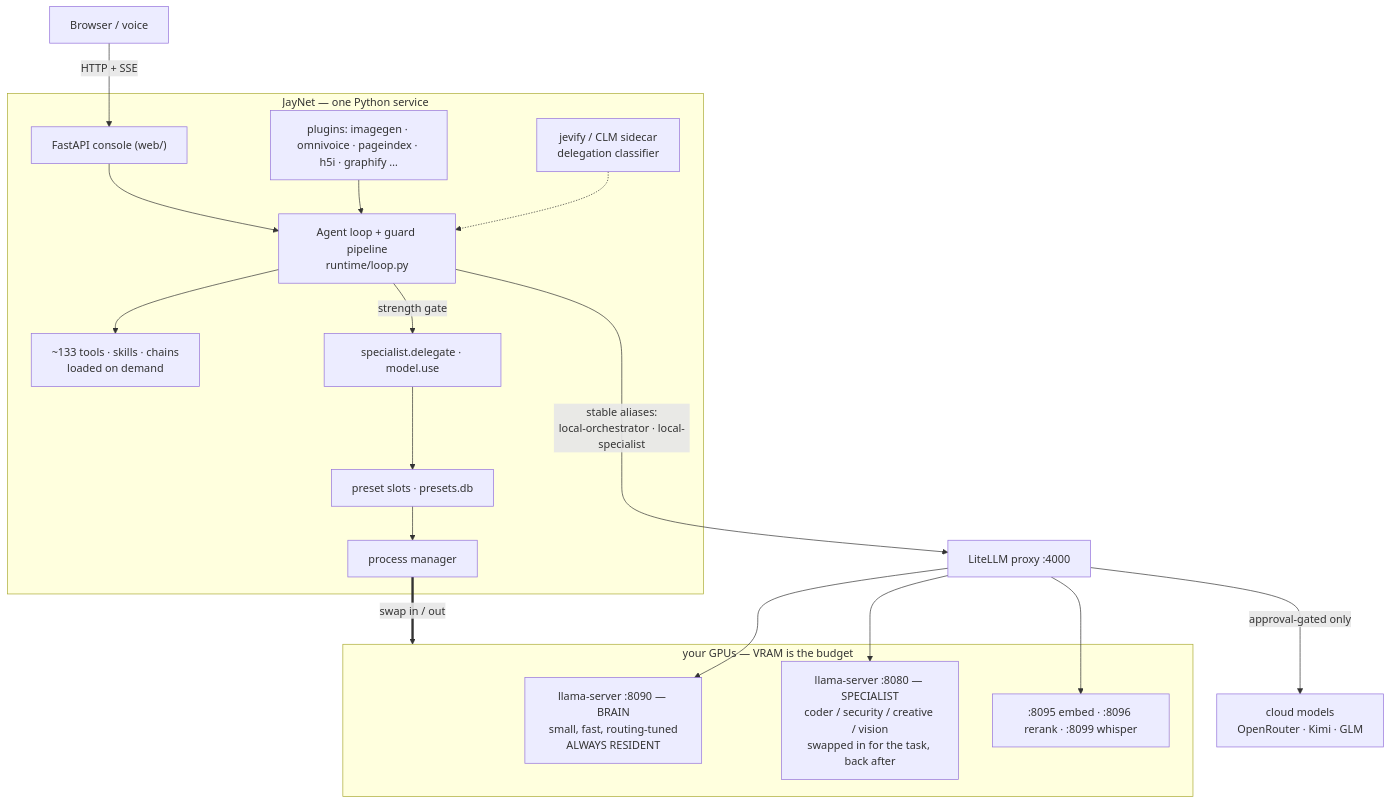
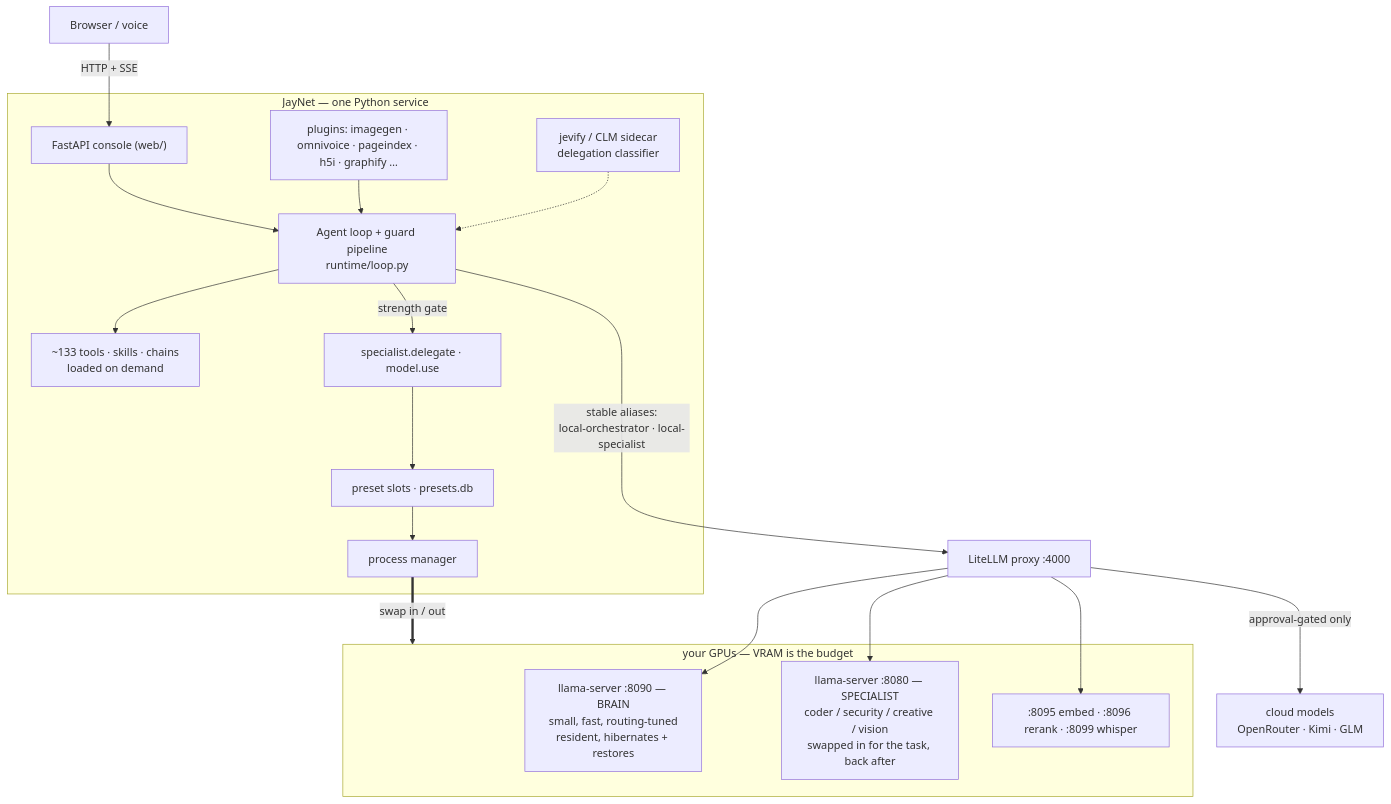
Before and after one commit to jspawn/jaynet_orchestrator: the diagram in README.md, drawn with Mermaid. The commit also changed other lines of this file, not shown here.

Commit message:
readme: measured-fit scheduling, co-tenancy, brain hibernation in the model-swapping narrative

````diff
--- a/README.md
+++ b/README.md
@@ -47,24 +47,24 @@
 ```mermaid
 flowchart TB
     U["Browser / voice"] -->|"HTTP + SSE"| WEB["FastAPI console (web/)"]
     subgraph JN["JayNet — one Python service"]
         WEB --> LOOP["Agent loop + guard pipeline<br/>runtime/loop.py"]
         LOOP --> TOOLS["~133 tools · skills · chains<br/>loaded on demand"]
         PLUG["plugins: imagegen · omnivoice · pageindex · h5i · graphify …"] --> LOOP
         JEV["jevify / CLM sidecar<br/>delegation classifier"] -.-> LOOP
         LOOP -->|"strength gate"| DEL["specialist.delegate · model.use"]
         DEL --> SLOTS["preset slots · presets.db"]
         SLOTS --> PM["process manager"]
     end
     LOOP -->|"stable aliases:<br/>local-orchestrator · local-specialist"| LL["LiteLLM proxy :4000"]
     subgraph GPUs["your GPUs — VRAM is the budget"]
-        BRAIN["llama-server :8090 — BRAIN<br/>small, fast, routing-tuned<br/>ALWAYS RESIDENT"]
+        BRAIN["llama-server :8090 — BRAIN<br/>small, fast, routing-tuned<br/>resident, hibernates + restores"]
         SPEC["llama-server :8080 — SPECIALIST<br/>coder / security / creative / vision<br/>swapped in for the task, back after"]
         AUX[":8095 embed · :8096 rerank · :8099 whisper"]
     end
     PM ==>|"swap in / out"| GPUs
     LL --> BRAIN
     LL --> SPEC
     LL --> AUX
     LL -->|"approval-gated only"| CLOUD["cloud models<br/>OpenRouter · Kimi · GLM"]
 ```
````
